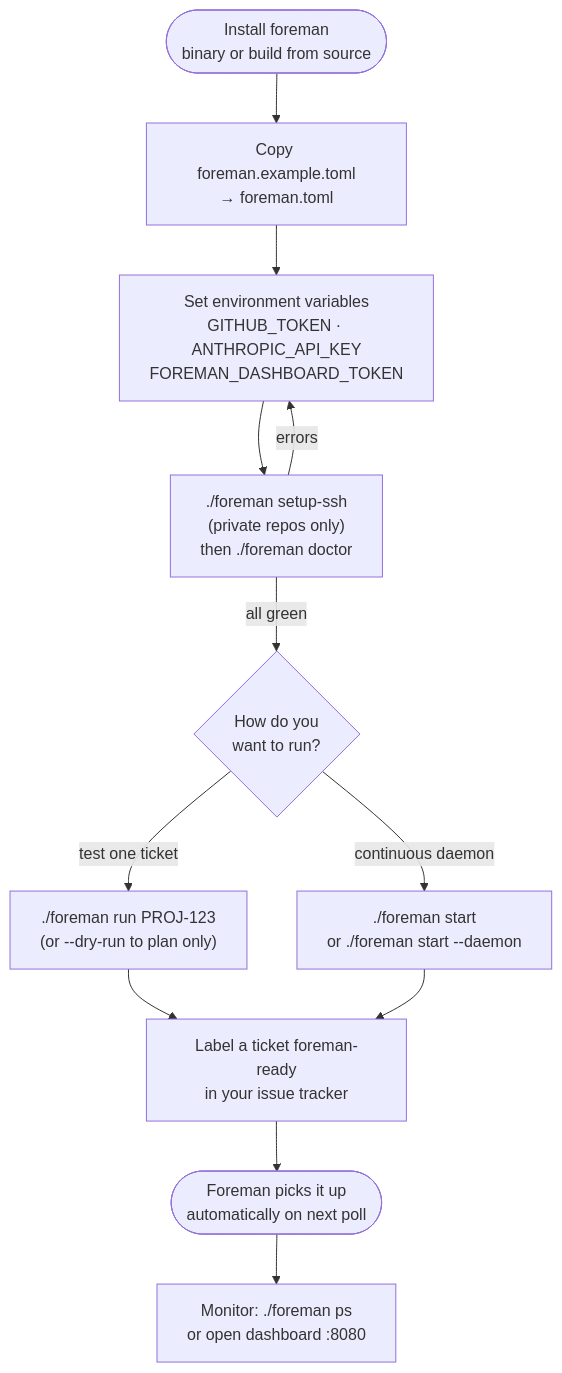
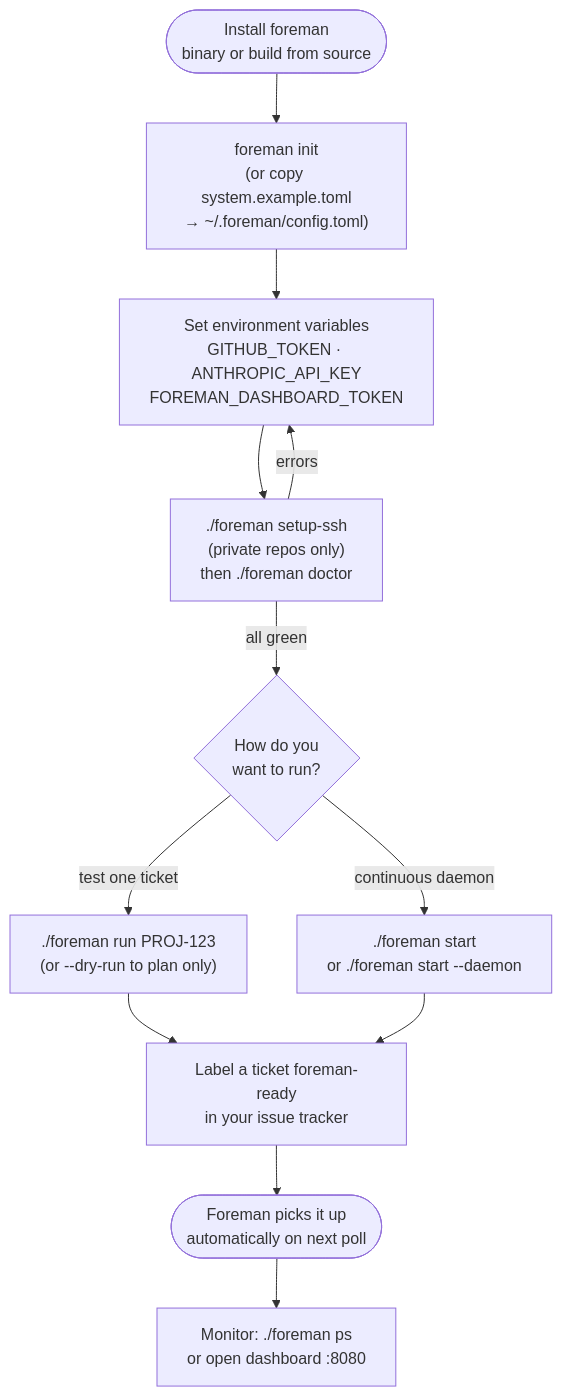
One commit to canhta/foreman changed the diagram in docs/getting-started.md. Above: the diagram before and after it, drawn with Mermaid. The commit also changed other lines of this file and 17 other files, not shown here.

````diff
--- a/docs/getting-started.md
+++ b/docs/getting-started.md
@@ -105,16 +105,16 @@
 ```mermaid
 flowchart TD
-    A([Install foreman<br/>binary or build from source]) --> B["Copy foreman.example.toml<br/>→ foreman.toml"]
+    A([Install foreman<br/>binary or build from source]) --> B["foreman init<br/>(or copy system.example.toml<br/>→ ~/.foreman/config.toml)"]
     B --> C["Set environment variables<br/>GITHUB_TOKEN · ANTHROPIC_API_KEY<br/>FOREMAN_DASHBOARD_TOKEN"]
     C --> D["./foreman setup-ssh<br/>(private repos only)<br/>then ./foreman doctor"]
     D -- "errors" --> C
     D -- "all green" --> E{How do you<br/>want to run?}
 
     E -- "test one ticket" --> F["./foreman run PROJ-123<br/>(or --dry-run to plan only)"]
     E -- "continuous daemon" --> G["./foreman start<br/>or ./foreman start --daemon"]
 
     F --> H["Label a ticket foreman-ready<br/>in your issue tracker"]
     G --> H
     H --> I(["Foreman picks it up<br/>automatically on next poll"])
     I --> J["Monitor: ./foreman ps<br/>or open dashboard :8080"]
 ```
````
